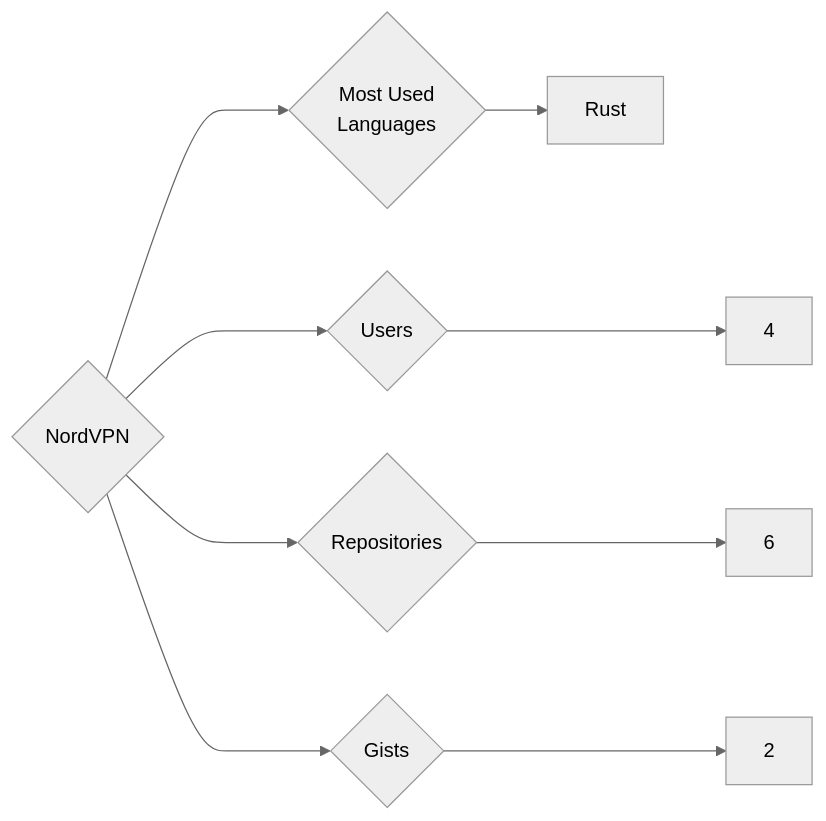
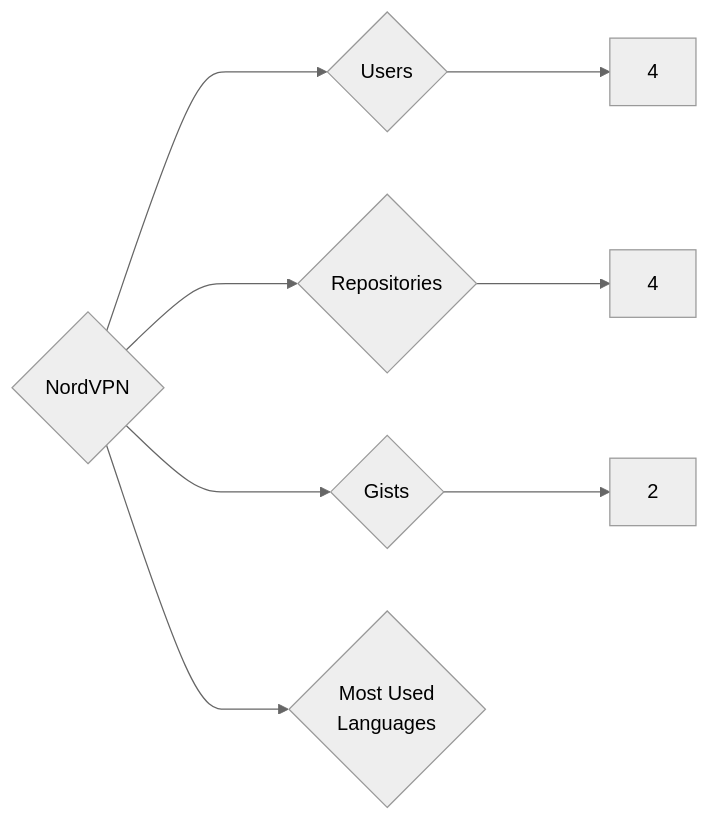
One commit to trickest/insiders changed the diagram in targets/NordVPN/README.md. Above: the diagram before and after it, drawn with Mermaid (neutral theme). The commit also changed 871 other files, not shown here.

````diff
--- a/targets/NordVPN/README.md
+++ b/targets/NordVPN/README.md
@@ -3,9 +3,8 @@
 ```mermaid
 graph LR
 COMPANY_NAME{NordVPN}
 COMPANY_NAME ---> U{Users} ---> UN[4]
-COMPANY_NAME ---> R{Repositories} ---> RN[6]
+COMPANY_NAME ---> R{Repositories} ---> RN[4]
 COMPANY_NAME ---> G{Gists} ---> GN[2]
 COMPANY_NAME ---> ML{Most Used<br>Languages}
-ML --> Rust[Rust]
 ```
````
